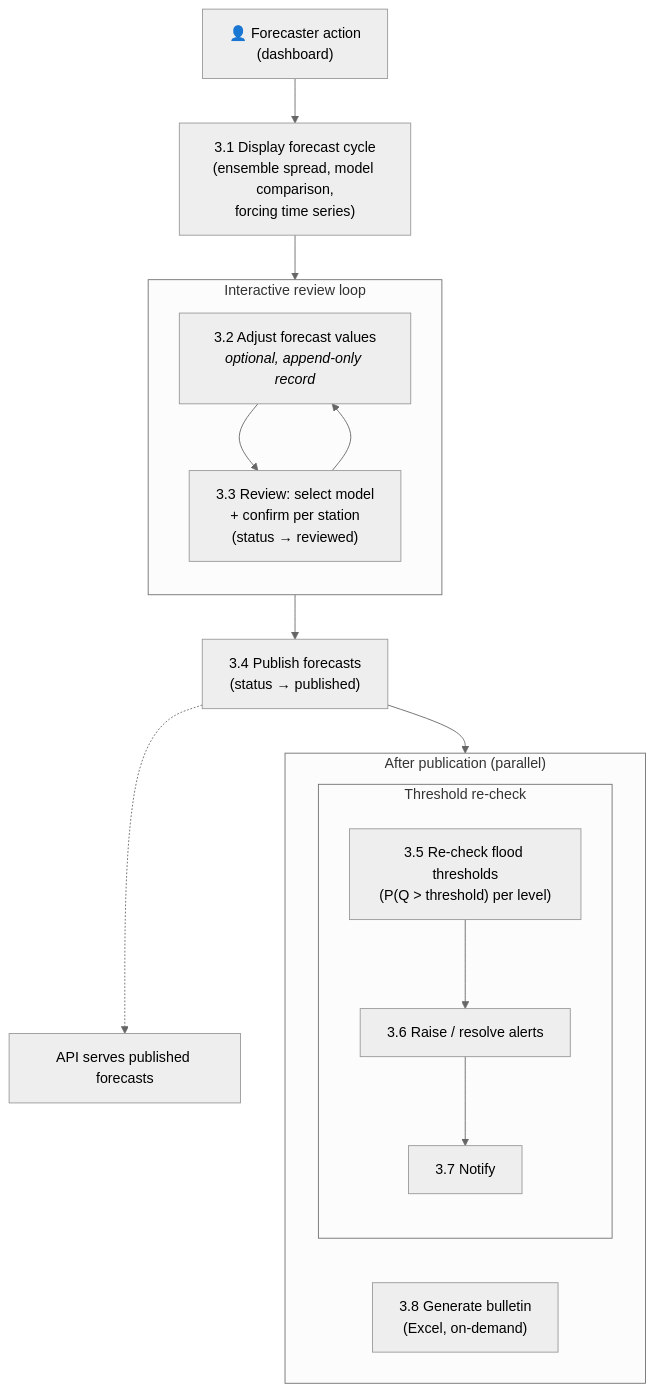
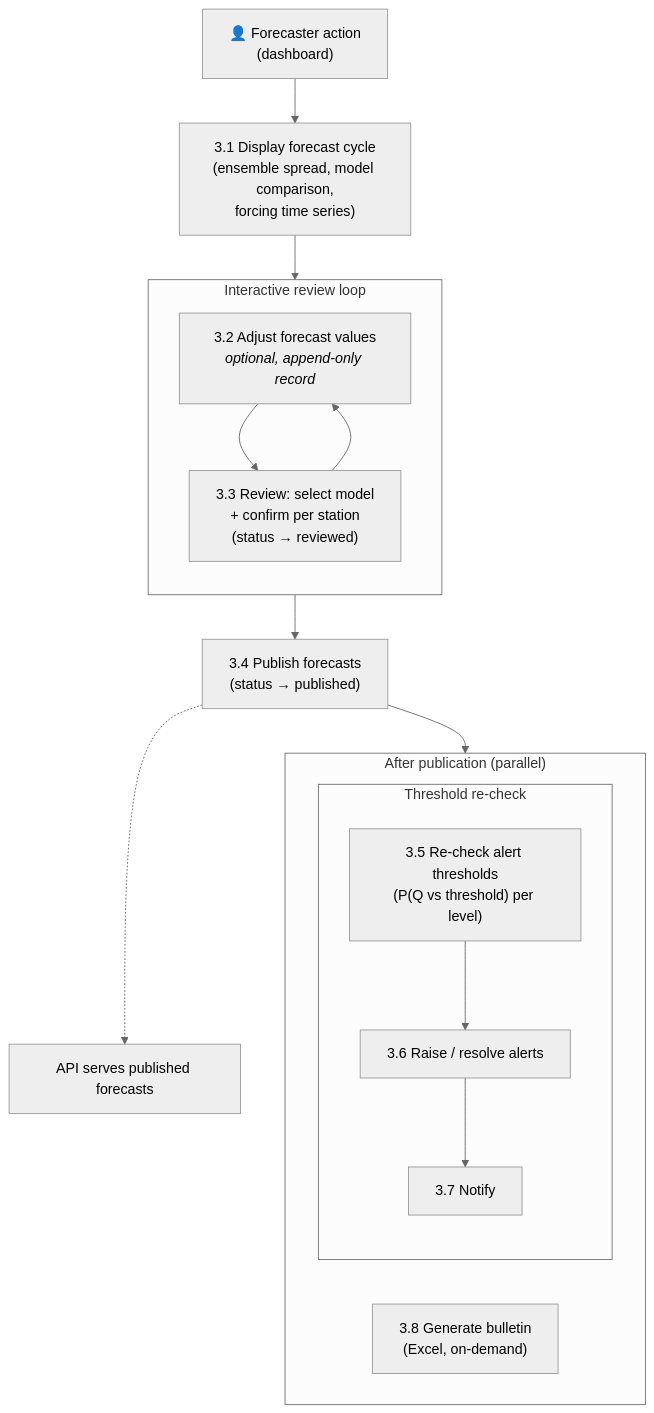
Before and after one commit to hydrosolutions/SAPPHIRE_flow: the third of 11 diagrams in docs/architecture-context.md, drawn with Mermaid (neutral theme). The commit also changed other lines of this file and 8 other files, not shown here.

First line of the commit message:
docs: rename "flood thresholds" to "alert thresholds" and add ThresholdDirection enum

````diff
--- a/docs/architecture-context.md
+++ b/docs/architecture-context.md
@@ -368,33 +368,33 @@
 ```mermaid
 flowchart TD
     trigger["👤 Forecaster action<br/>(dashboard)"]
 
     s3_1["3.1 Display forecast cycle<br/>(ensemble spread, model comparison,<br/>forcing time series)"]
 
     subgraph ReviewLoop ["Interactive review loop"]
         direction TB
         s3_2["3.2 Adjust forecast values<br/><i>optional, append-only record</i>"]
         s3_3["3.3 Review: select model<br/>+ confirm per station<br/>(status → reviewed)"]
         s3_2 --> s3_3
         s3_3 --> s3_2
     end
 
     s3_4["3.4 Publish forecasts<br/>(status → published)"]
 
     subgraph PostPublish ["After publication (parallel)"]
         direction LR
         subgraph Alerts ["Threshold re-check"]
             direction TB
-            s3_5["3.5 Re-check flood thresholds<br/>(P(Q > threshold) per level)"]
+            s3_5["3.5 Re-check alert thresholds<br/>(P(Q vs threshold) per level)"]
             s3_6["3.6 Raise / resolve alerts"]
             s3_7["3.7 Notify"]
             s3_5 --> s3_6 --> s3_7
         end
         s3_8["3.8 Generate bulletin<br/>(Excel, on-demand)"]
     end
 
     api["API serves published forecasts"]
 
     trigger --> s3_1 --> ReviewLoop --> s3_4 --> PostPublish
     s3_4 -.-> api
 ```
````
